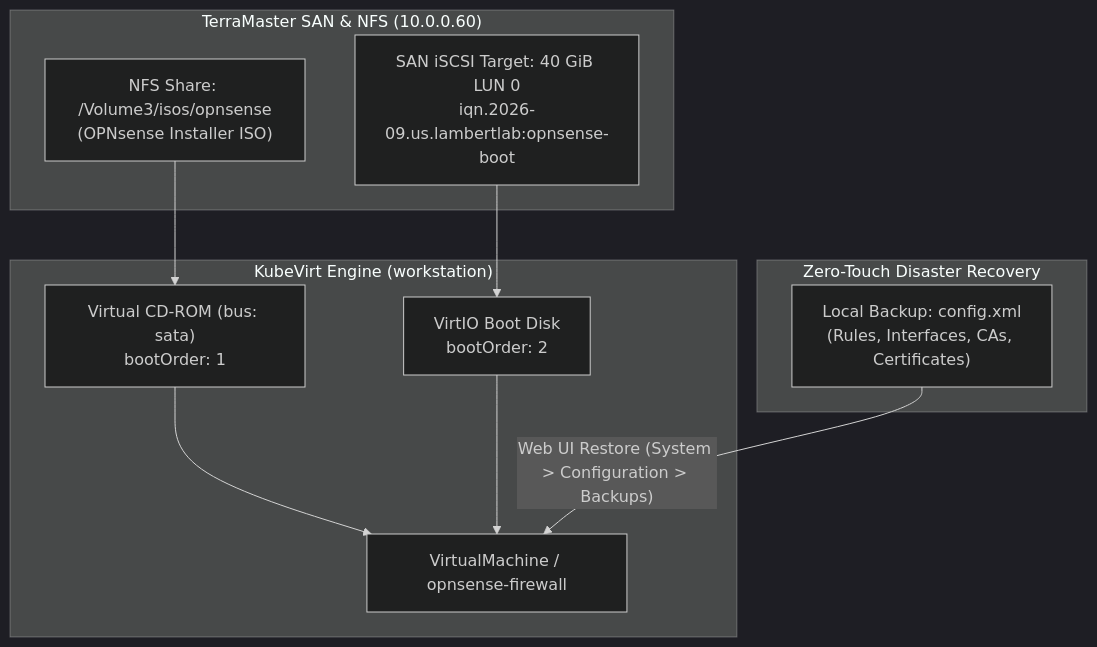
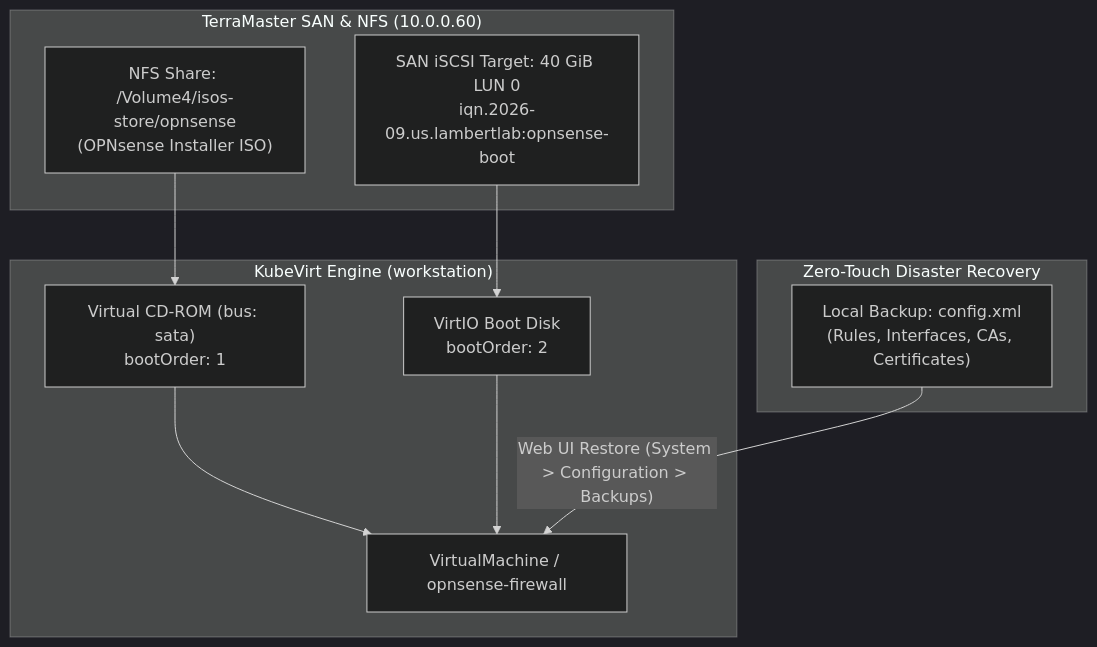
Before and after one commit to ChrisLambert03/homelab: the diagram in docs/runbooks/opnsense-iso-bootstrap.md, drawn with Mermaid (dark theme). The commit also changed 7 other files, not shown here.

Commit message:
feat(storage): migrate VM installer and driver ISO NFS mounts from Volume3 to Volume4 isos-store

````diff
--- a/docs/runbooks/opnsense-iso-bootstrap.md
+++ b/docs/runbooks/opnsense-iso-bootstrap.md
@@ -11,23 +11,23 @@
 ```mermaid
 flowchart TD
     subgraph Storage["TerraMaster SAN & NFS (10.0.0.60)"]
-        ISO["NFS Share: /Volume3/isos/opnsense<br/>(OPNsense Installer ISO)"]
+        ISO["NFS Share: /Volume4/isos-store/opnsense<br/>(OPNsense Installer ISO)"]
         LUN["SAN iSCSI Target: 40 GiB LUN 0<br/>iqn.2026-09.us.lambertlab:opnsense-boot"]
     end
 
     subgraph KubeVirt["KubeVirt Engine (workstation)"]
         VM["VirtualMachine / opnsense-firewall"]
         CDROM["Virtual CD-ROM (bus: sata)<br/>bootOrder: 1"]
         Disk["VirtIO Boot Disk<br/>bootOrder: 2"]
     end
 
     subgraph StateRestore["Zero-Touch Disaster Recovery"]
         XML["Local Backup: config.xml<br/>(Rules, Interfaces, CAs, Certificates)"]
     end
 
     ISO --> CDROM
     LUN --> Disk
     CDROM --> VM
     Disk --> VM
     XML -->|"Web UI Restore (System > Configuration > Backups)"| VM
 ```
````
